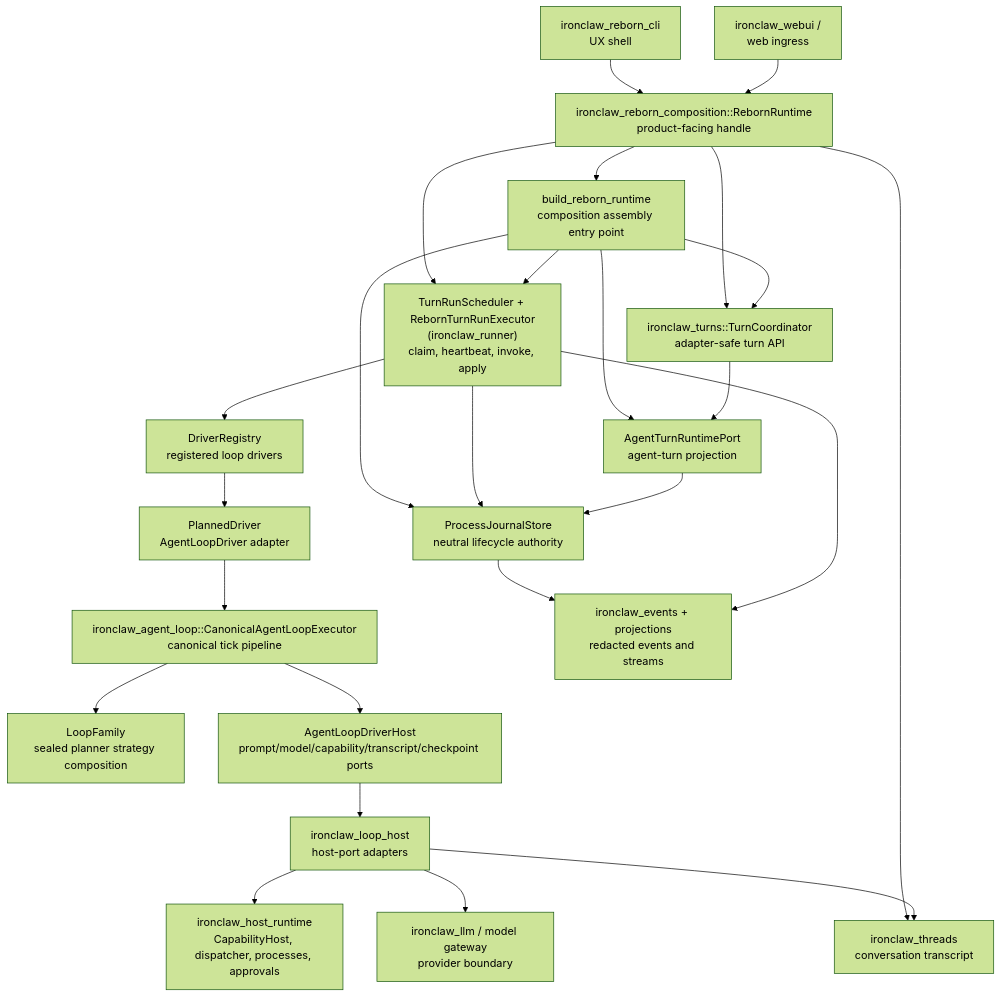
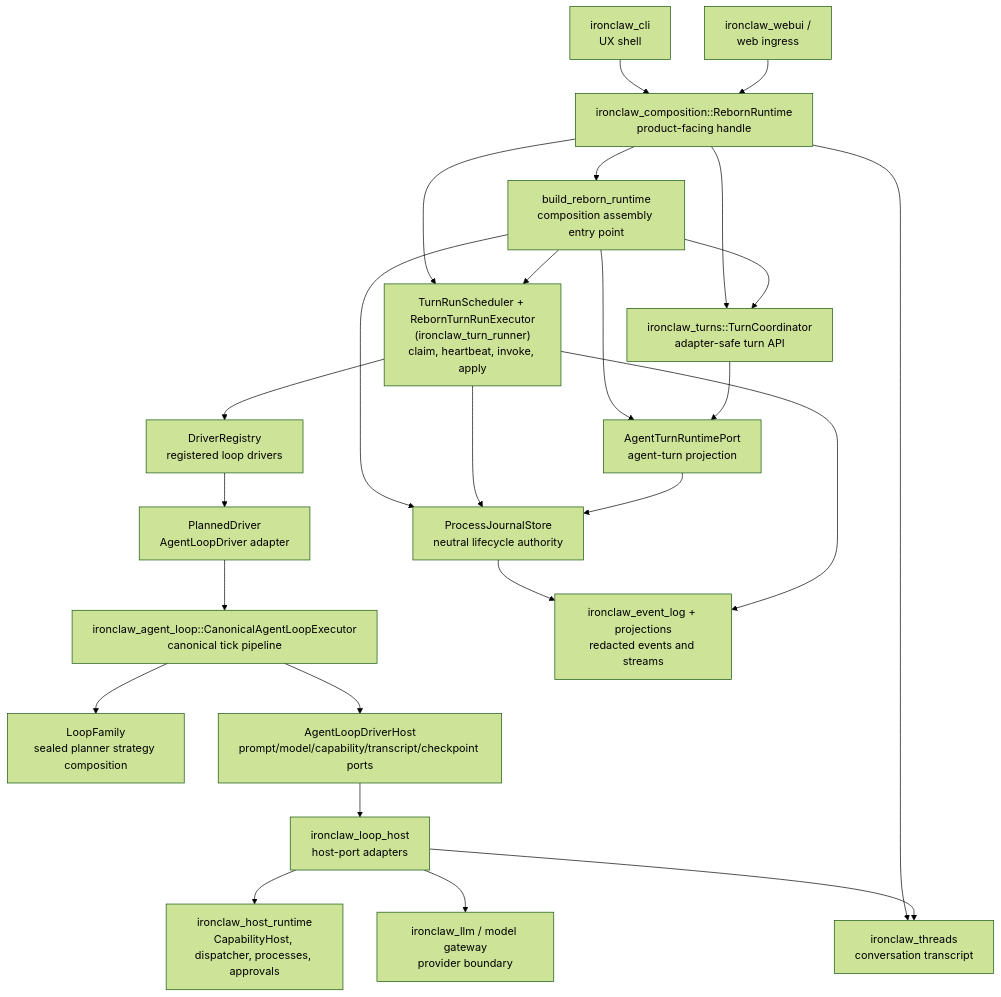
One commit to CloudEngineHub/ironclaw changed the second of 7 diagrams in crates/Architecture.md. Above: the diagram before and after it, drawn with Mermaid (forest theme). The commit also changed other lines of this file and 1530 other files, not shown here.

````diff
--- a/crates/Architecture.md
+++ b/crates/Architecture.md
@@ -290,46 +290,46 @@
 ```mermaid
 flowchart TD
-    CLI["ironclaw_reborn_cli\nUX shell"]
+    CLI["ironclaw_cli\nUX shell"]
     WebUI["ironclaw_webui /\nweb ingress"]
-    Runtime["ironclaw_reborn_composition::RebornRuntime\nproduct-facing handle"]
+    Runtime["ironclaw_composition::RebornRuntime\nproduct-facing handle"]
     Factory["build_reborn_runtime\ncomposition assembly entry point"]
     Coordinator["ironclaw_turns::TurnCoordinator\nadapter-safe turn API"]
     Processes["ProcessJournalStore\nneutral lifecycle authority"]
     TurnView["AgentTurnRuntimePort\nagent-turn projection"]
-    Worker["TurnRunScheduler + RebornTurnRunExecutor\n(ironclaw_runner)\nclaim, heartbeat, invoke, apply"]
+    Worker["TurnRunScheduler + RebornTurnRunExecutor\n(ironclaw_turn_runner)\nclaim, heartbeat, invoke, apply"]
     Registry["DriverRegistry\nregistered loop drivers"]
     Planned["PlannedDriver\nAgentLoopDriver adapter"]
     Executor["ironclaw_agent_loop::CanonicalAgentLoopExecutor\ncanonical tick pipeline"]
     Family["LoopFamily\nsealed planner strategy composition"]
     Host["AgentLoopDriverHost\nprompt/model/capability/transcript/checkpoint ports"]
     LoopSupport["ironclaw_loop_host\nhost-port adapters"]
     HostRuntime["ironclaw_host_runtime\nCapabilityHost, dispatcher, processes, approvals"]
     LLM["ironclaw_llm / model gateway\nprovider boundary"]
     Threads["ironclaw_threads\nconversation transcript"]
-    Events["ironclaw_events + projections\nredacted events and streams"]
+    Events["ironclaw_event_log + projections\nredacted events and streams"]
 
     CLI --> Runtime
     WebUI --> Runtime
     Runtime --> Factory
     Runtime --> Threads
     Runtime --> Coordinator
     Runtime --> Worker
     Factory --> Coordinator
     Factory --> Processes
     Factory --> TurnView
     Factory --> Worker
     Worker --> Processes
     Worker --> Registry
     Registry --> Planned
     Planned --> Executor
     Executor --> Family
     Executor --> Host
     Host --> LoopSupport
     LoopSupport --> HostRuntime
     LoopSupport --> LLM
     LoopSupport --> Threads
     Coordinator --> TurnView
     TurnView --> Processes
     Processes --> Events
     Worker --> Events
 ```
````
